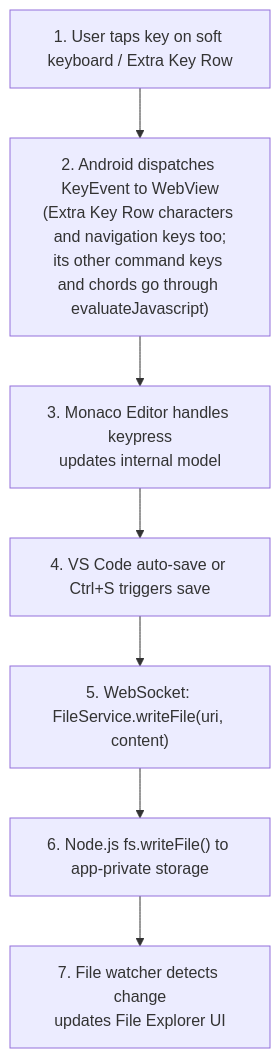
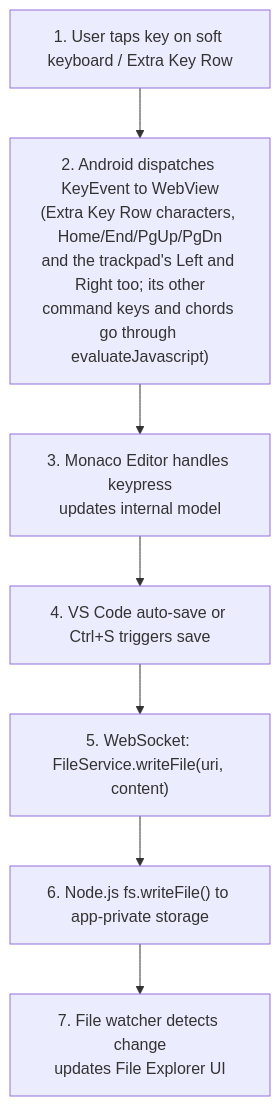
Before and after one commit to rmyndharis/VSCodroid: the eighth of 12 diagrams in docs/03-ARCHITECTURE.md, drawn with Mermaid. The commit also changed 13 other files, not shown here.

````diff
--- a/docs/03-ARCHITECTURE.md
+++ b/docs/03-ARCHITECTURE.md
@@ -398,9 +398,9 @@
 ```mermaid
 flowchart TD
-  A["1. User taps key on soft keyboard / Extra Key Row"] --> B["2. Android dispatches KeyEvent to WebView<br/>(Extra Key Row characters and navigation keys too;<br/>its other command keys and chords go through evaluateJavascript)"]
+  A["1. User taps key on soft keyboard / Extra Key Row"] --> B["2. Android dispatches KeyEvent to WebView<br/>(Extra Key Row characters, Home/End/PgUp/PgDn<br/>and the trackpad's Left and Right too; its other<br/>command keys and chords go through evaluateJavascript)"]
   B --> C["3. Monaco Editor handles keypress<br/>updates internal model"]
   C --> D["4. VS Code auto-save or Ctrl+S triggers save"]
   D --> E["5. WebSocket: FileService.writeFile(uri, content)"]
   E --> F["6. Node.js fs.writeFile() to app-private storage"]
   F --> G["7. File watcher detects change<br/>updates File Explorer UI"]
 ```
````
